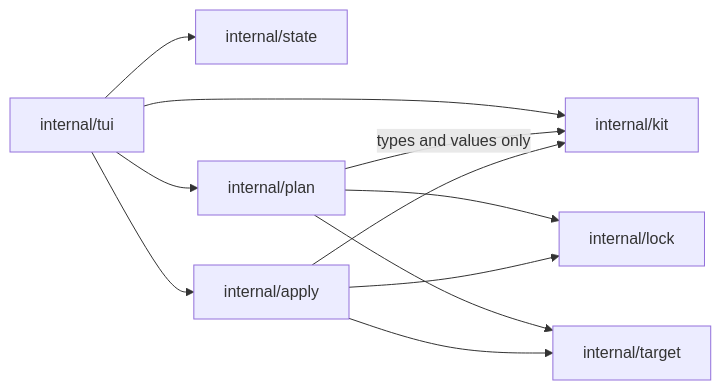
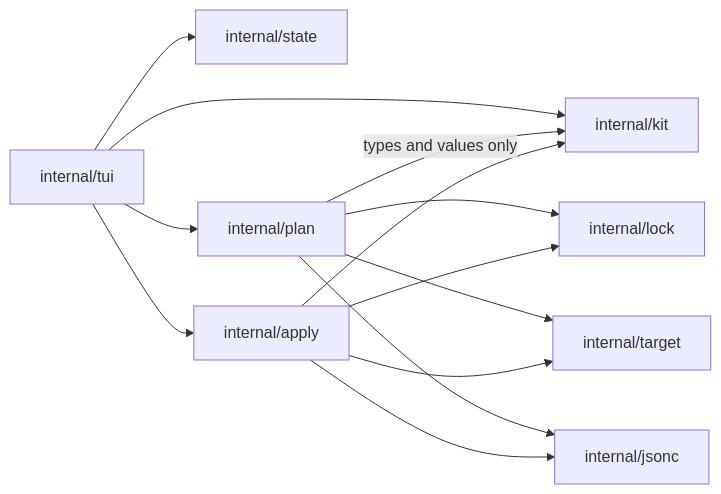
The diagram in docs/architecture.md (dpleshakov/penates), drawn with Mermaid before and after one commit. The commit also changed other lines of this file and 6 other files, not shown here.

````diff
--- a/docs/architecture.md
+++ b/docs/architecture.md
@@ -58,13 +63,15 @@
 ```mermaid
 flowchart LR
     TUI["internal/tui"] --> KIT["internal/kit"]
     TUI --> ST["internal/state"]
     TUI --> PL["internal/plan"]
     TUI --> AP["internal/apply"]
     PL -- types and values only --> KIT
     PL --> LK["internal/lock"]
     PL --> TG["internal/target"]
+    PL --> JC["internal/jsonc"]
     AP --> LK
     AP --> TG
     AP --> KIT
+    AP --> JC
 ```
````
